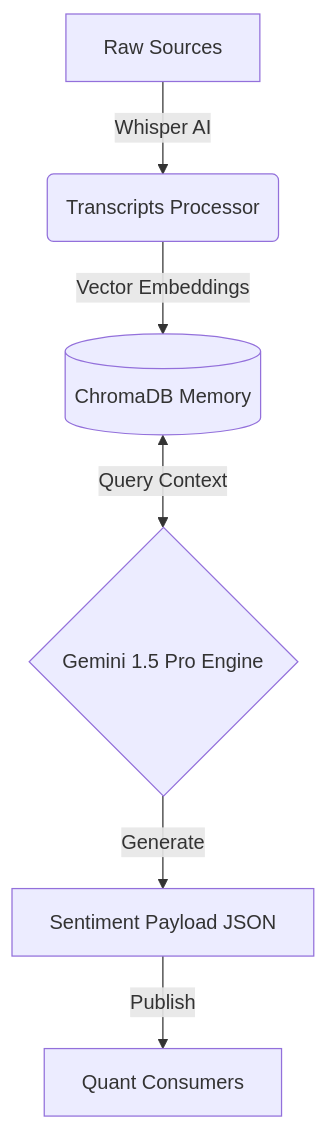
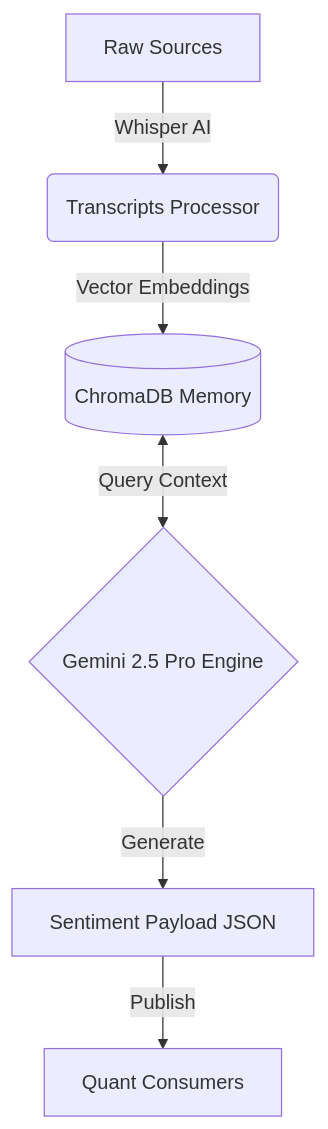
The diagram in README.md (pabli77o77/fundamental-intelligence-hub), drawn with Mermaid before and after one commit.

Commit message:
Update engine version in README diagram

````diff
--- a/README.md
+++ b/README.md
@@ -12,8 +12,8 @@
 ```mermaid
 graph TD
     A[Raw Sources] -->|Whisper AI| B(Transcripts Processor)
     B -->|Vector Embeddings| C[(ChromaDB Memory)]
-    C <-->|Query Context| D{Gemini 1.5 Pro Engine}
+    C <-->|Query Context| D{Gemini 2.5 Pro Engine}
     D -->|Generate| E[Sentiment Payload JSON]
     E -->|Publish| F[Quant Consumers]
 ```
````
